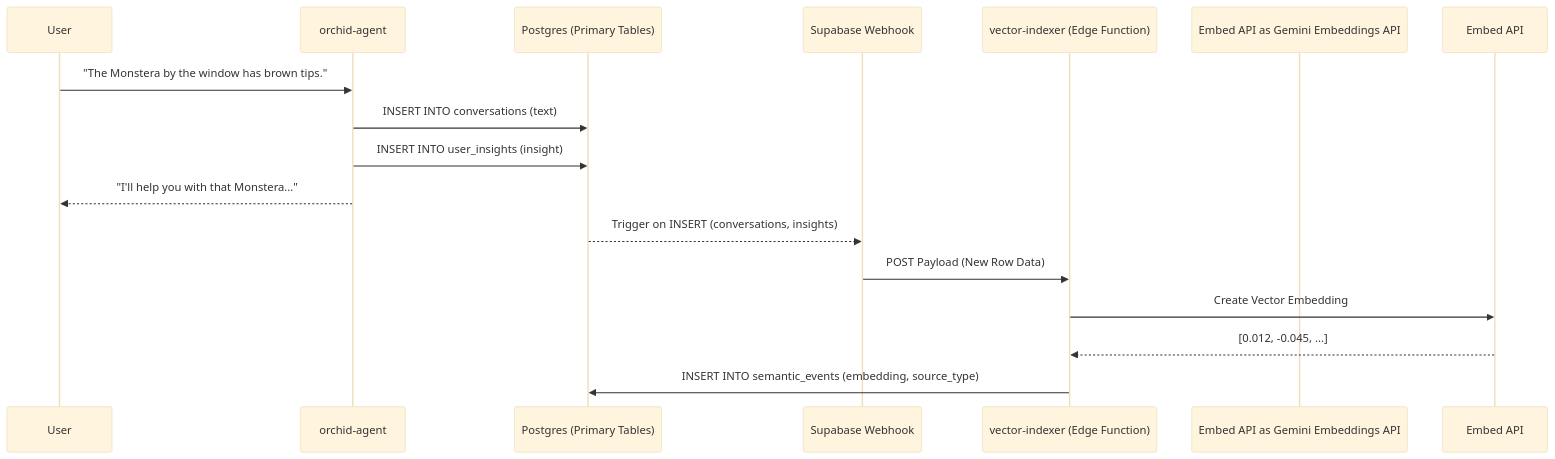
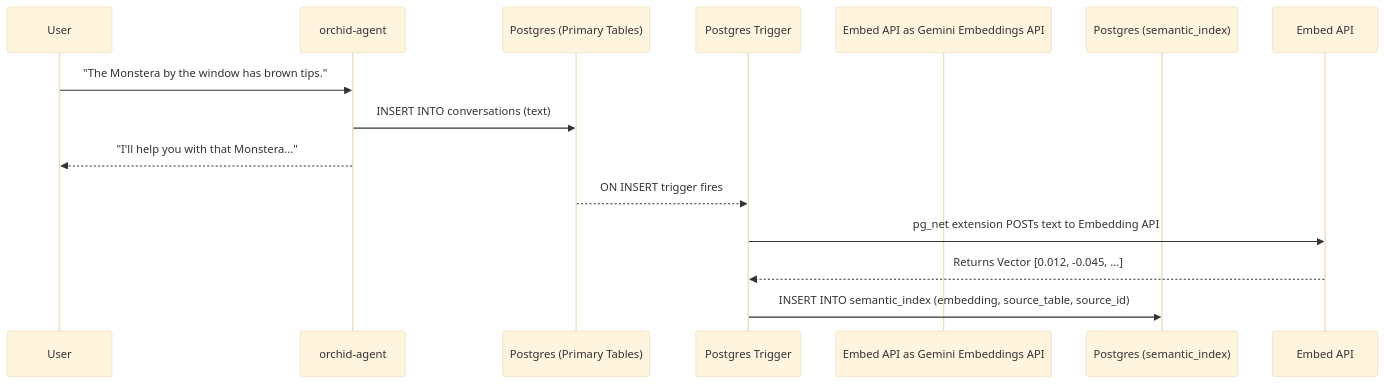
The second of 3 diagrams in docs/PGVECTOR_MIGRATION.md (masudl-hub/orchidcare), drawn with Mermaid (base theme) before and after one commit. The commit also changed other lines of this file, not shown here.

Commit message:
docs: Update pgvector guide to use polymorphic pointer index

````diff
--- a/docs/PGVECTOR_MIGRATION.md
+++ b/docs/PGVECTOR_MIGRATION.md
@@ -71,21 +70,21 @@
 ```mermaid
 sequenceDiagram
     participant User
     participant Agent as orchid-agent
     participant DB as Postgres (Primary Tables)
-    participant WH as Supabase Webhook
-    participant Indexer as vector-indexer (Edge Function)
+    participant Trigger as Postgres Trigger
     participant Embed API as Gemini Embeddings API
+    participant Index as Postgres (semantic_index)
 
     User->>Agent: "The Monstera by the window has brown tips."
+
+    %% The agent just inserts the text exactly as it does today.
     Agent->>DB: INSERT INTO conversations (text)
-    Agent->>DB: INSERT INTO user_insights (insight)
     Agent-->>User: "I'll help you with that Monstera..."
 
-    %% Background Process
-    DB-->>WH: Trigger on INSERT (conversations, insights)
-    WH->>Indexer: POST Payload (New Row Data)
-    Indexer->>Embed API: Create Vector Embedding
-    Embed API-->>Indexer: [0.012, -0.045, ...]
-    Indexer->>DB: INSERT INTO semantic_events (embedding, source_type)
+    %% Background transactional process
+    DB-->>Trigger: ON INSERT trigger fires
+    Trigger->>Embed API: pg_net extension POSTs text to Embedding API
+    Embed API-->>Trigger: Returns Vector [0.012, -0.045, ...]
+    Trigger->>Index: INSERT INTO semantic_index (embedding, source_table, source_id)
 ```
````
